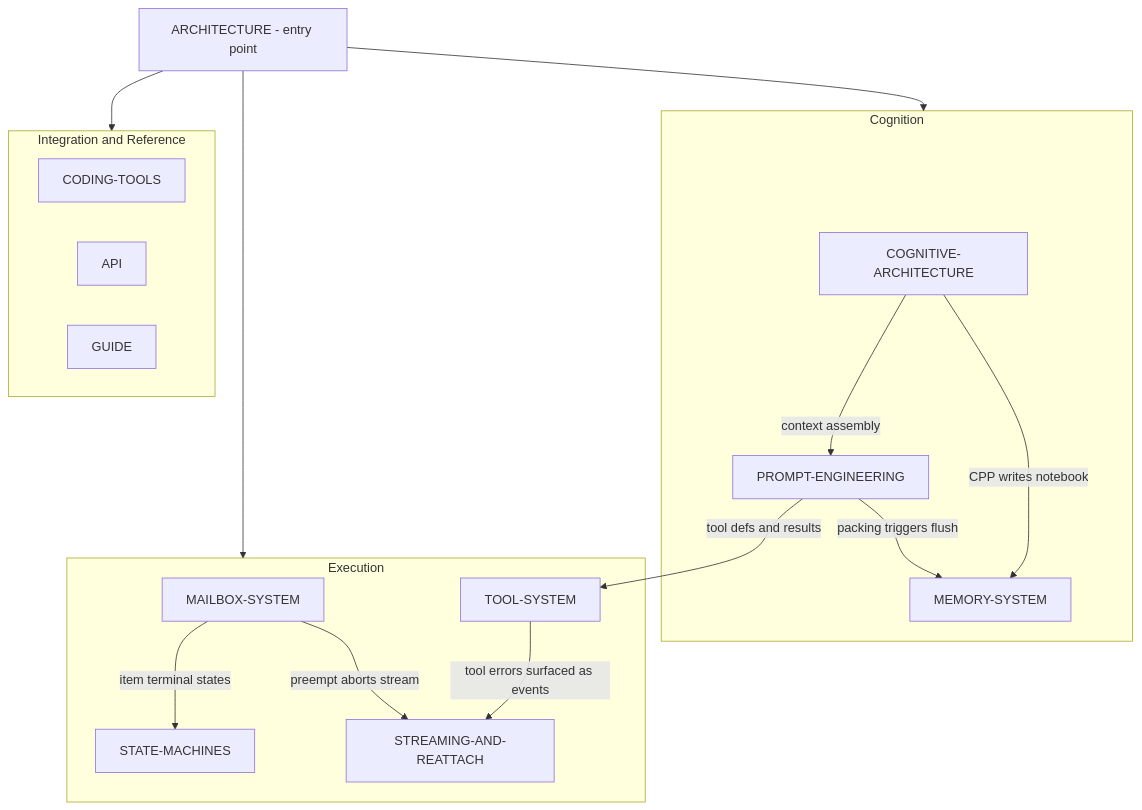
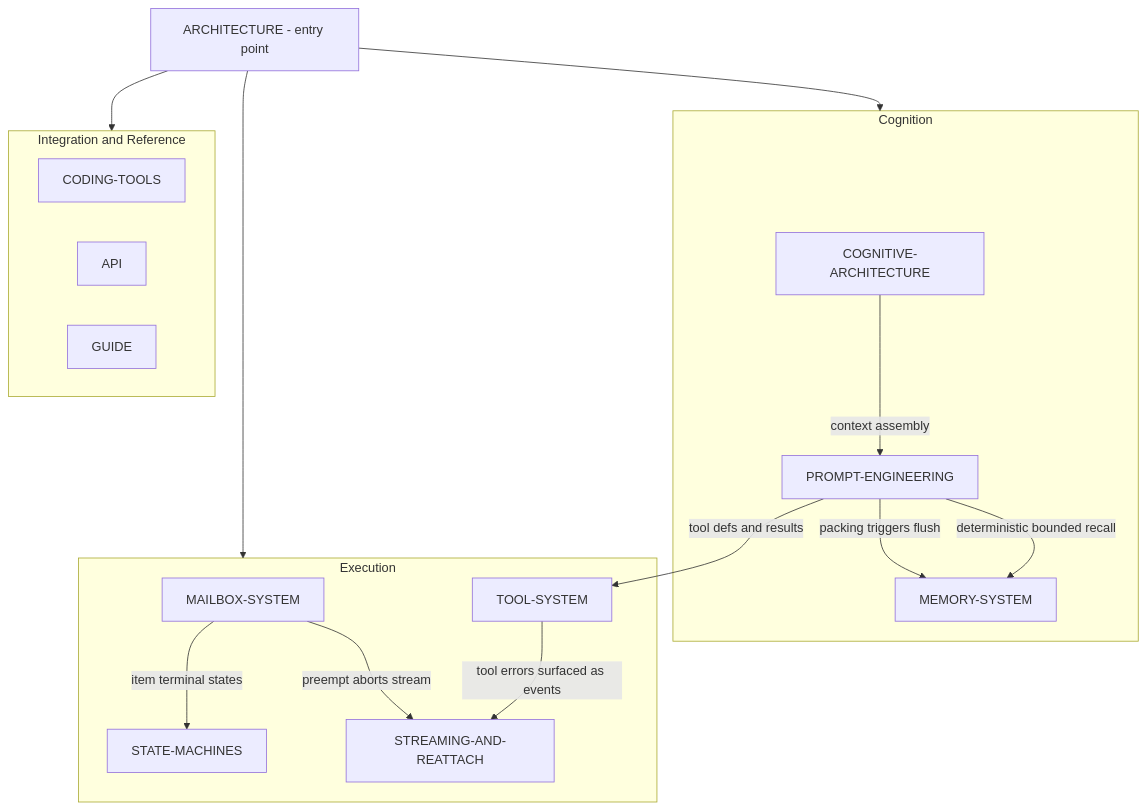
The diagram in docs/ARCHITECTURE.md (markus-global/markus), drawn with Mermaid before and after one commit. The commit also changed other lines of this file and 63 other files, not shown here.

````diff
--- a/docs/ARCHITECTURE.md
+++ b/docs/ARCHITECTURE.md
@@ -35,35 +35,35 @@
 ```mermaid
 flowchart TD
   ARCH[ARCHITECTURE - entry point]
 
   subgraph cognition [Cognition]
     COG[COGNITIVE-ARCHITECTURE]
     MEM[MEMORY-SYSTEM]
     PROMPT[PROMPT-ENGINEERING]
   end
 
   subgraph execution [Execution]
     MAILBOX[MAILBOX-SYSTEM]
     FSM[STATE-MACHINES]
     TOOLS[TOOL-SYSTEM]
     STREAM[STREAMING-AND-REATTACH]
   end
 
   subgraph integration [Integration and Reference]
     CODING[CODING-TOOLS]
     API[API]
     GUIDE[GUIDE]
   end
 
   ARCH --> cognition
   ARCH --> execution
   ARCH --> integration
 
   MAILBOX -->|item terminal states| FSM
   MAILBOX -->|preempt aborts stream| STREAM
   COG -->|context assembly| PROMPT
   PROMPT -->|packing triggers flush| MEM
   PROMPT -->|tool defs and results| TOOLS
   TOOLS -->|tool errors surfaced as events| STREAM
-  COG -->|CPP writes notebook| MEM
+  PROMPT -->|deterministic bounded recall| MEM
 ```
````
